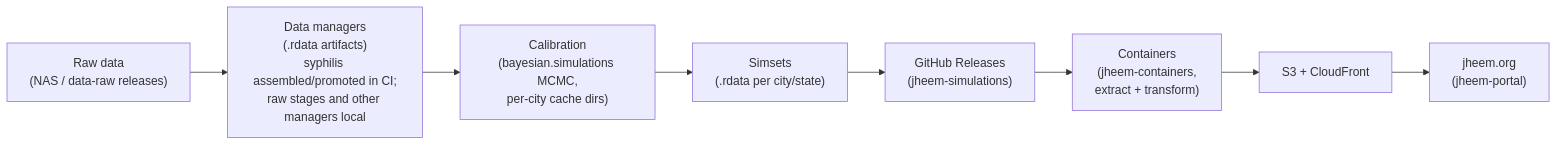
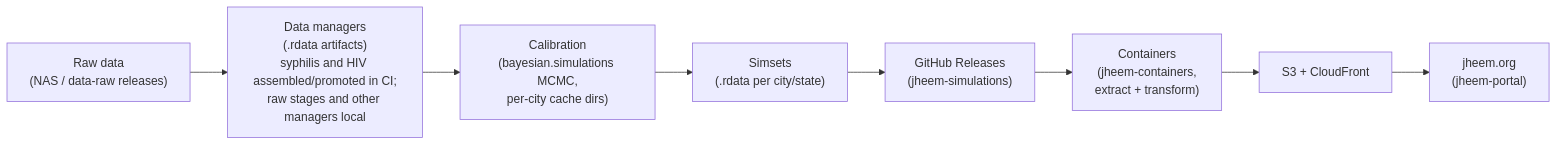
The diagram in ecosystem-map.qmd (CIPHER-Epi/jheem-wiki), drawn with Mermaid before and after one commit. The commit also changed other lines of this file and 9 other files, not shown here.

````diff
--- a/ecosystem-map.qmd
+++ b/ecosystem-map.qmd
@@ -42,10 +42,10 @@
 ```{mermaid}
 flowchart LR
-    RAW["Raw data<br/>(NAS / data-raw releases)"] --> DM["Data managers<br/>(.rdata artifacts)<br/>syphilis assembled/promoted in CI;<br/>raw stages and other managers local"]
+    RAW["Raw data<br/>(NAS / data-raw releases)"] --> DM["Data managers<br/>(.rdata artifacts)<br/>syphilis and HIV assembled/promoted in CI;<br/>raw stages and other managers local"]
     DM --> CAL["Calibration<br/>(bayesian.simulations MCMC,<br/>per-city cache dirs)"]
     CAL --> SIM["Simsets<br/>(.rdata per city/state)"]
     SIM --> REL["GitHub Releases<br/>(jheem-simulations)"]
     REL --> CONT["Containers<br/>(jheem-containers,<br/>extract + transform)"]
     CONT --> S3["S3 + CloudFront"]
     S3 --> PORTAL["jheem.org<br/>(jheem-portal)"]
 ```
````
